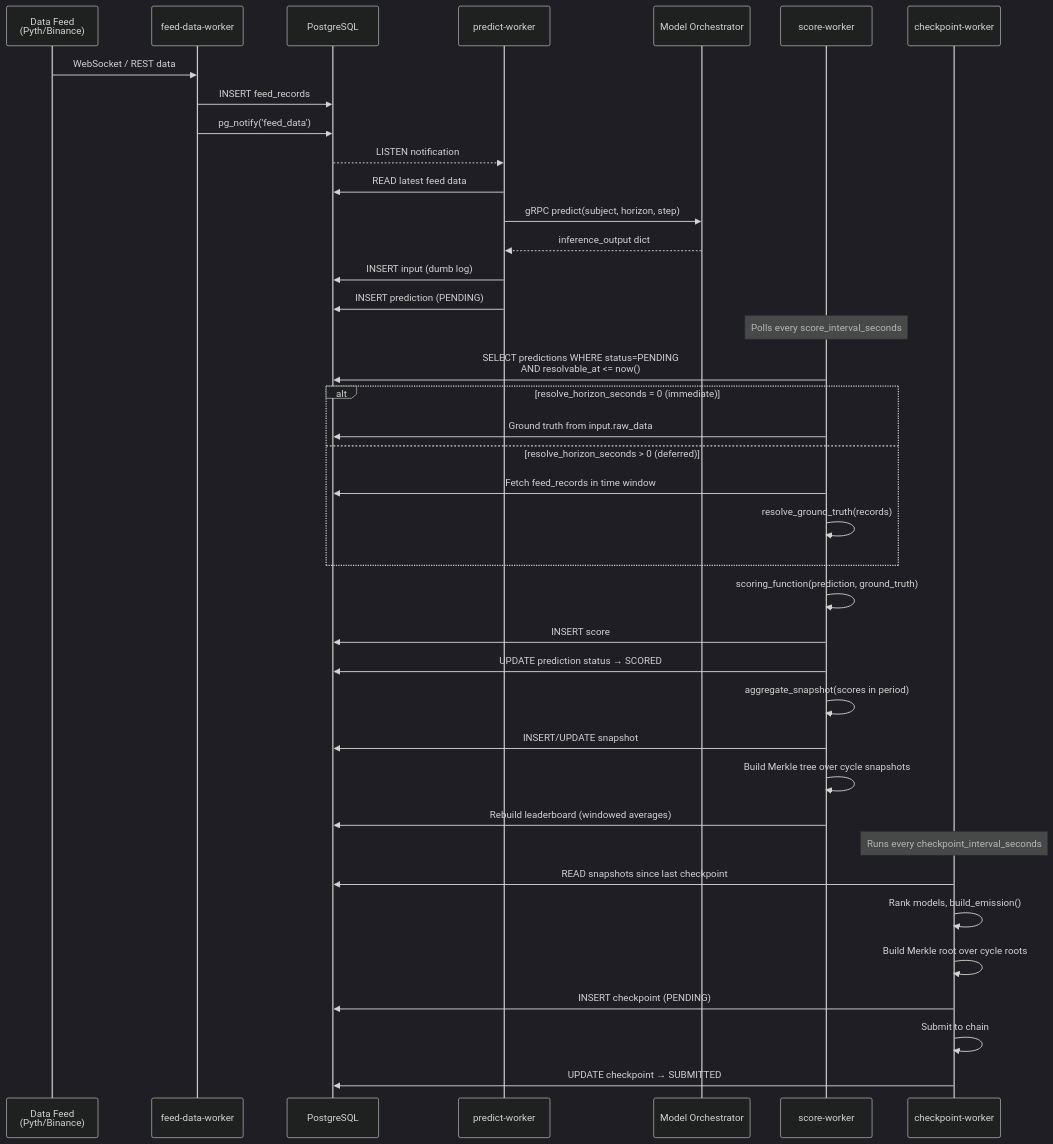
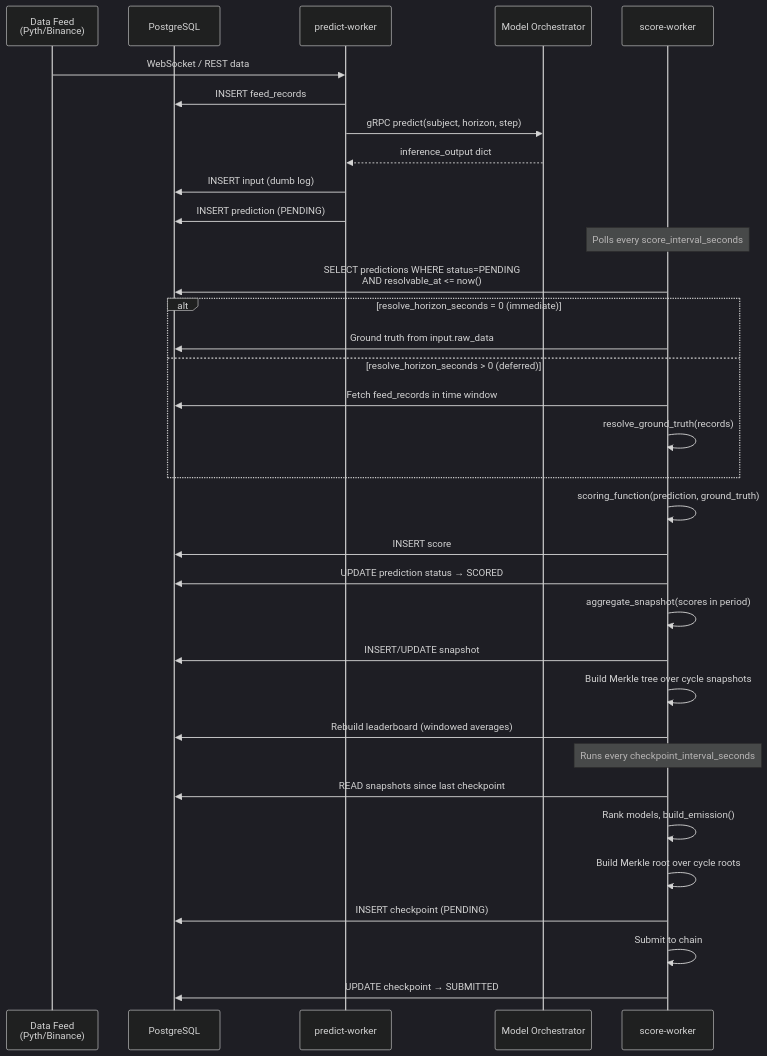
One commit to crunchdao/crunch-node-starter changed the first of 4 diagrams in docs/data-pipeline.md. Above: the diagram before and after it, drawn with Mermaid (dark theme). The commit also changed other lines of this file and 24 other files, not shown here.

First line of the commit message:
Rename coordinator-node → crunch-node and remove stale feed/checkpoint worker refs

````diff
--- a/docs/data-pipeline.md
+++ b/docs/data-pipeline.md
@@ -7,49 +7,43 @@
 ```mermaid
 sequenceDiagram
     participant Feed as Data Feed<br/>(Pyth/Binance)
-    participant FDW as feed-data-worker
     participant DB as PostgreSQL
     participant PW as predict-worker
     participant MO as Model Orchestrator
     participant SW as score-worker
-    participant CW as checkpoint-worker
 
-    Feed->>FDW: WebSocket / REST data
-    FDW->>DB: INSERT feed_records
-    FDW->>DB: pg_notify('feed_data')
-    DB-->>PW: LISTEN notification
-
-    PW->>DB: READ latest feed data
+    Feed->>PW: WebSocket / REST data
+    PW->>DB: INSERT feed_records
     PW->>MO: gRPC predict(subject, horizon, step)
     MO-->>PW: inference_output dict
     PW->>DB: INSERT input (dumb log)
     PW->>DB: INSERT prediction (PENDING)
 
     Note over SW: Polls every score_interval_seconds
 
     SW->>DB: SELECT predictions WHERE status=PENDING<br/>AND resolvable_at <= now()
     
     alt resolve_horizon_seconds = 0 (immediate)
         SW->>DB: Ground truth from input.raw_data
     else resolve_horizon_seconds > 0 (deferred)
         SW->>DB: Fetch feed_records in time window
         SW->>SW: resolve_ground_truth(records)
     end
 
     SW->>SW: scoring_function(prediction, ground_truth)
     SW->>DB: INSERT score
     SW->>DB: UPDATE prediction status → SCORED
     SW->>SW: aggregate_snapshot(scores in period)
     SW->>DB: INSERT/UPDATE snapshot
     SW->>SW: Build Merkle tree over cycle snapshots
     SW->>DB: Rebuild leaderboard (windowed averages)
 
-    Note over CW: Runs every checkpoint_interval_seconds
+    Note over SW: Runs every checkpoint_interval_seconds
 
-    CW->>DB: READ snapshots since last checkpoint
-    CW->>CW: Rank models, build_emission()
-    CW->>CW: Build Merkle root over cycle roots
-    CW->>DB: INSERT checkpoint (PENDING)
-    CW->>CW: Submit to chain
-    CW->>DB: UPDATE checkpoint → SUBMITTED
+    SW->>DB: READ snapshots since last checkpoint
+    SW->>SW: Rank models, build_emission()
+    SW->>SW: Build Merkle root over cycle roots
+    SW->>DB: INSERT checkpoint (PENDING)
+    SW->>SW: Submit to chain
+    SW->>DB: UPDATE checkpoint → SUBMITTED
 ```
````
